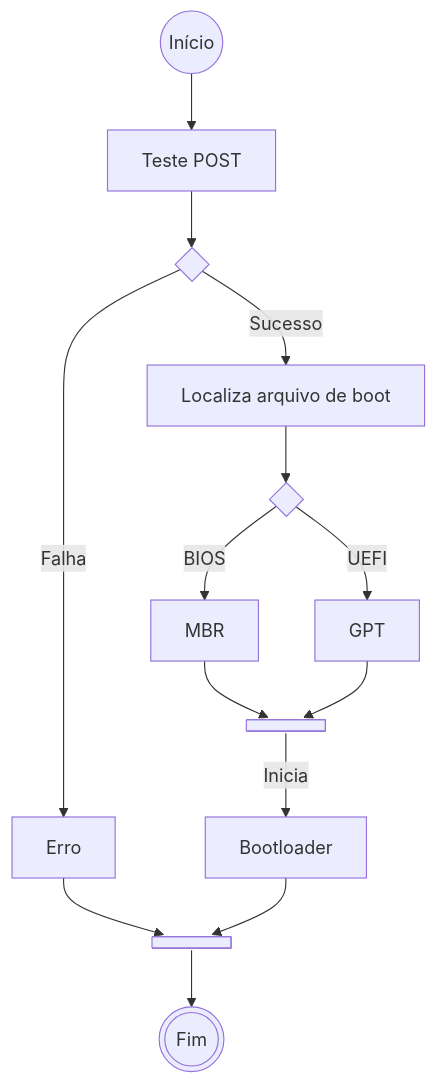
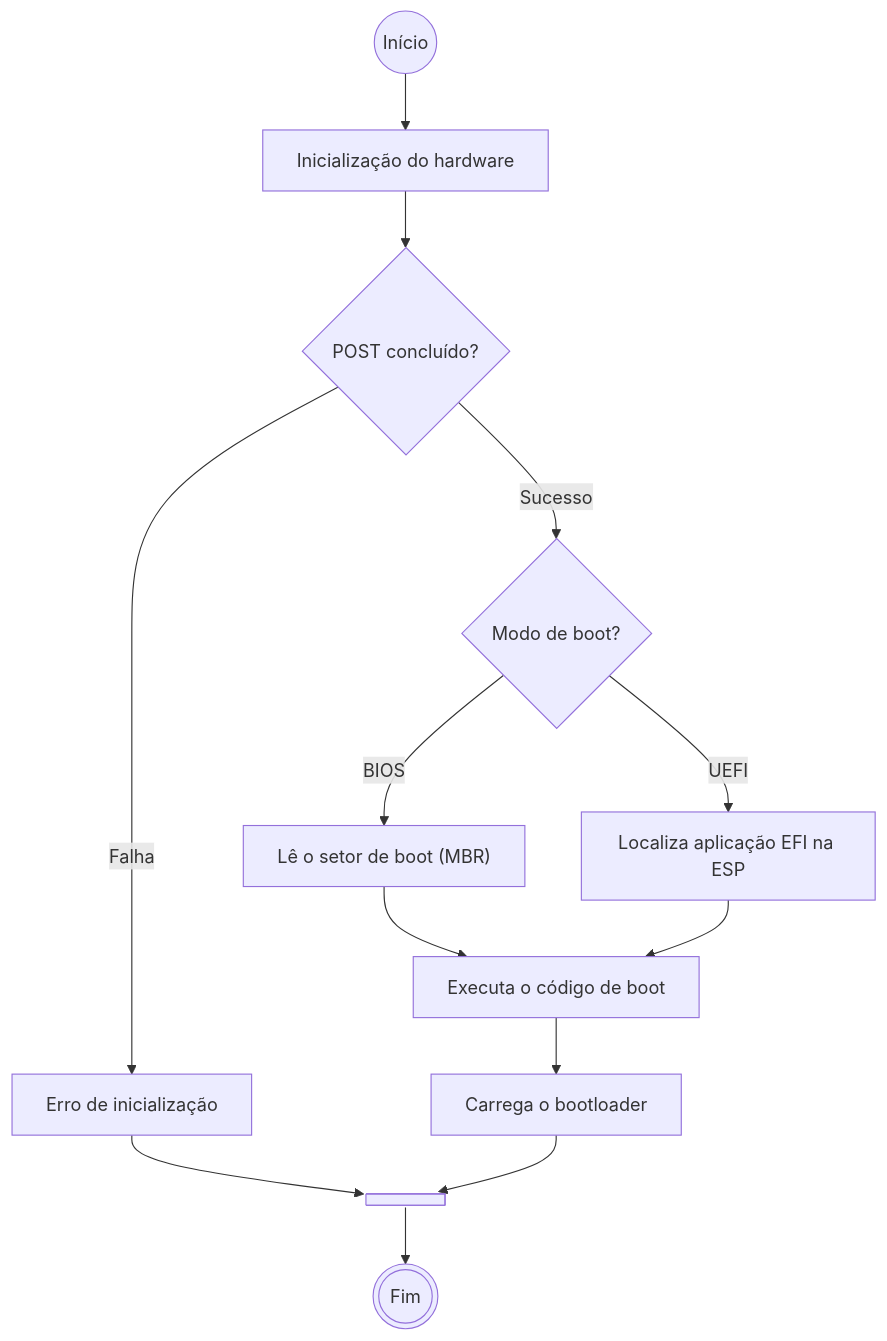
One commit to FelpzzzEX/LecOS changed the second of 2 diagrams in Sistema_Principal/Modulo 1 - Inicio/0-BIOS_UEFI.md. Above: the diagram before and after it, drawn with Mermaid. The commit also changed other lines of this file and 10 other files, not shown here.

````diff
--- a/Sistema_Principal/Modulo 1 - Inicio/0-BIOS_UEFI.md
+++ b/Sistema_Principal/Modulo 1 - Inicio/0-BIOS_UEFI.md
@@ -108,22 +121,26 @@
 ```mermaid
 flowchart TD
-  O@{ shape: circle, label: "Início" }
-  I@{ shape: diamond, label: " " }
-  L@{ shape: fork, label: "Join" }
-  M@{ shape: diamond, label: " " }
-  O-->C["Teste POST"]
-  C-->I
-  I -->|Sucesso| E["Localiza arquivo de boot"]
-  I -->|Falha| J["Erro"]
-  E -->M
-  M -->|BIOS| F["MBR"]
-  M -->|UEFI| G["GPT"]
-  F-->L
-  G-->L
-  L-->|Inicia|H["Bootloader"]
-  P@{ shape: fork, label: "Join" }
-  N@{ shape: dbl-circ, label: "Fim"}
-  J-->P
-  H-->P
-  P-->N
+    O@{ shape: circle, label: "Início" }
+    I@{ shape: diamond, label: "POST concluído?" }
+    M@{ shape: diamond, label: "Modo de boot?" }
+    P@{ shape: fork, label: "Join" }
+    N@{ shape: dbl-circ, label: "Fim" }
+
+    O --> C["Inicialização do hardware"]
+    C --> I
+
+    I -->|Falha| J["Erro de inicialização"]
+    I -->|Sucesso| M
+
+    M -->|BIOS| F["Lê o setor de boot (MBR)"]
+    M -->|UEFI| G["Localiza aplicação EFI na ESP"]
+
+    F --> H["Executa o código de boot"]
+    G --> H
+
+    H --> B["Carrega o bootloader"]
+
+    J --> P
+    B --> P
+    P --> N
 ```
````
